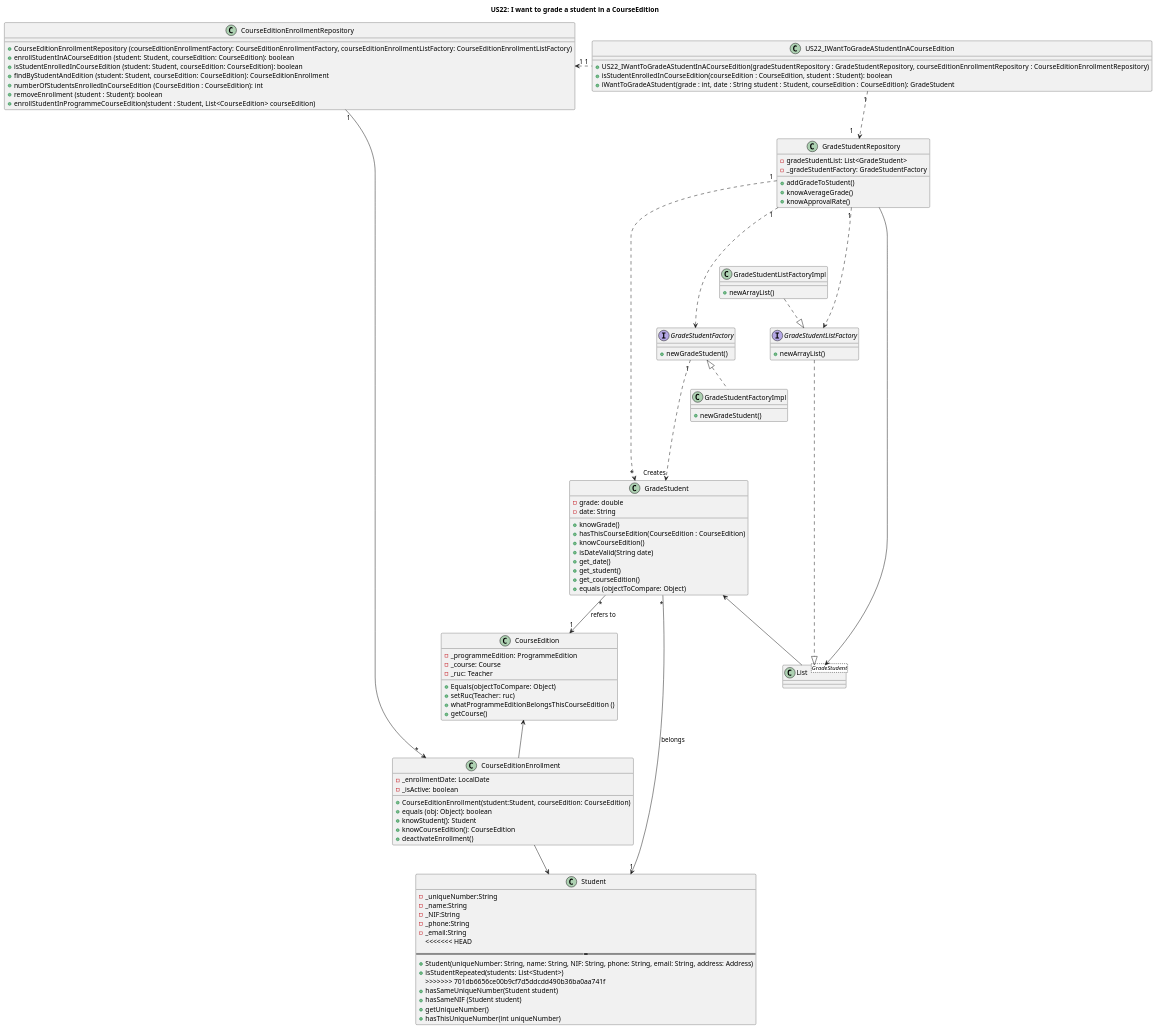
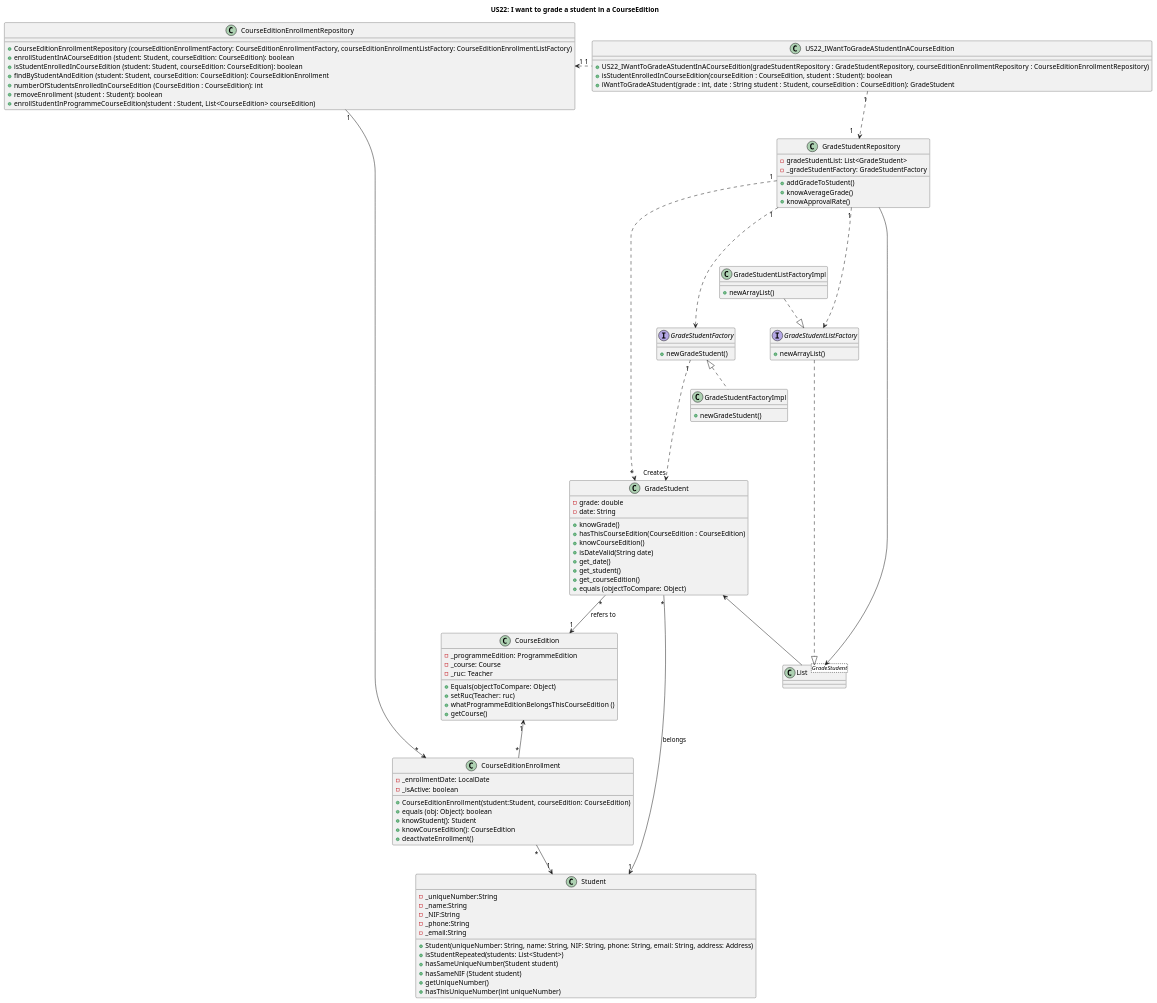
Before and after one commit to GasparISEP/DevOps-PAI: the diagram in docs/US22/US22_GradeAStudentInACourseEdition_ClassDiagram.puml, drawn with PlantUML. The commit also changed 1 other file, not shown here.

Commit message:
Updated US 22 ClassDiagram and SequenceDiagram

```diff
--- a/docs/US22/US22_GradeAStudentInACourseEdition_ClassDiagram.puml
+++ b/docs/US22/US22_GradeAStudentInACourseEdition_ClassDiagram.puml
@@ -1,123 +1,120 @@
 @startuml
 title US22: I want to grade a student in a CourseEdition
 'left to right direction
 
 class US22_IWantToGradeAStudentInACourseEdition {
     +US22_IWantToGradeAStudentInACourseEdition(gradeStudentRepository : GradeStudentRepository, courseEditionEnrollmentRepository : CourseEditionEnrollmentRepository)
     +isStudentEnrolledInCourseEdition(courseEdition : CourseEdition, student : Student): boolean
     +iWantToGradeAStudent(grade : int, date : String student : Student, courseEdition : CourseEdition): GradeStudent
 
 }
 
 class CourseEditionEnrollmentRepository {
     +CourseEditionEnrollmentRepository (courseEditionEnrollmentFactory: CourseEditionEnrollmentFactory, courseEditionEnrollmentListFactory: CourseEditionEnrollmentListFactory)
     +enrollStudentInACourseEdition (student: Student, courseEdition: CourseEdition): boolean
     +isStudentEnrolledInCourseEdition (student: Student, courseEdition: CourseEdition): boolean
     +findByStudentAndEdition (student: Student, courseEdition: CourseEdition): CourseEditionEnrollment
     +numberOfStudentsEnrolledInCourseEdition (CourseEdition : CourseEdition): int
     +removeEnrollment (student : Student): boolean
     +enrollStudentInProgrammeCourseEdition(student : Student, List<CourseEdition> courseEdition)
 }
 
 class CourseEditionEnrollment {
     -_enrollmentDate: LocalDate
     - _isActive: boolean
     +CourseEditionEnrollment(student:Student, courseEdition: CourseEdition)
     +equals (obj: Object): boolean
     +knowStudent(): Student
     +knowCourseEdition(): CourseEdition
     +deactivateEnrollment()
 }
 
 
 class List<GradeStudent> {
 
 }
 
 class GradeStudent {
     -grade: double
     -date: String
     +knowGrade()
     +hasThisCourseEdition(CourseEdition : CourseEdition)
     +knowCourseEdition()
     +isDateValid(String date)
     +get_date()
     +get_student()
     +get_courseEdition()
     +equals (objectToCompare: Object)
 }
 
 class GradeStudentRepository {
     -gradeStudentList: List<GradeStudent>
     - _gradeStudentFactory: GradeStudentFactory
     +addGradeToStudent()
     +knowAverageGrade()
     +knowApprovalRate()
 }
 
 interface GradeStudentFactory {
     +newGradeStudent()
 }
 
 interface GradeStudentListFactory {
     +newArrayList()
 }
 
 class GradeStudentListFactoryImpl {
     +newArrayList()
 }
 
 class GradeStudentFactoryImpl {
     +newGradeStudent()
 }
 
 class Student {
     -_uniqueNumber:String
     -_name:String
     -_NIF:String
     -_phone:String
     -_email:String
-<<<<<<< HEAD
-=======
     +Student(uniqueNumber: String, name: String, NIF: String, phone: String, email: String, address: Address)
     +isStudentRepeated(students: List<Student>)
->>>>>>> 701db6656ce00b9cf7d5ddcdd490b36ba0aa741f
     +hasSameUniqueNumber(Student student)
     +hasSameNIF (Student student)
     +getUniqueNumber()
     +hasThisUniqueNumber(int uniqueNumber)
 }
 
 class CourseEdition {
     -_programmeEdition: ProgrammeEdition
     -_course: Course
     -_ruc: Teacher
     +Equals(objectToCompare: Object)
     +setRuc(Teacher: ruc)
     +whatProgrammeEditionBelongsThisCourseEdition ()
     +getCourse()
 }
 
 
 GradeStudent "*" --> "1" Student: belongs
 GradeStudent "*" --> "1" CourseEdition: refers to
 GradeStudentRepository "1" ....> GradeStudentFactory
 GradeStudentFactory "1" ....> "Creates" GradeStudent
 GradeStudentRepository "1" ....>  GradeStudentListFactory
 GradeStudentListFactoryImpl ..|>  GradeStudentListFactory
 GradeStudentFactory  <|..  GradeStudentFactoryImpl
 GradeStudentListFactory ..|> List
 GradeStudent <-- List
 List <-- GradeStudentRepository
 CourseEditionEnrollmentRepository "1" --> "*" CourseEditionEnrollment
-CourseEditionEnrollment --> Student
-CourseEditionEnrollment -up-> CourseEdition
+CourseEditionEnrollment "*" --> "1" Student
+CourseEditionEnrollment "*" -up-> "1" CourseEdition
 
 
 GradeStudentRepository "1" ....> "*" GradeStudent
 
 
 US22_IWantToGradeAStudentInACourseEdition "1" ..left..> "1    " CourseEditionEnrollmentRepository
 US22_IWantToGradeAStudentInACourseEdition "1" ..> "1    " GradeStudentRepository
 
 @enduml
```
